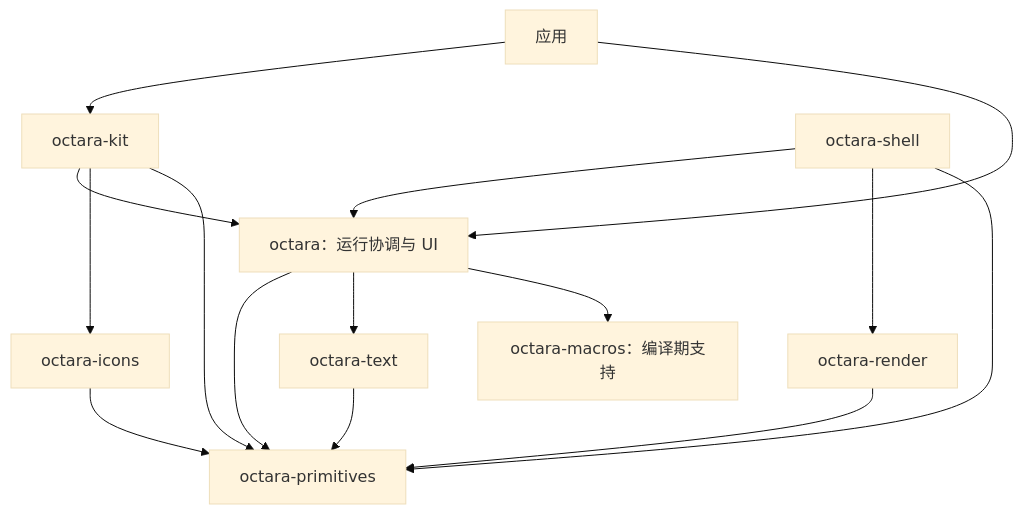
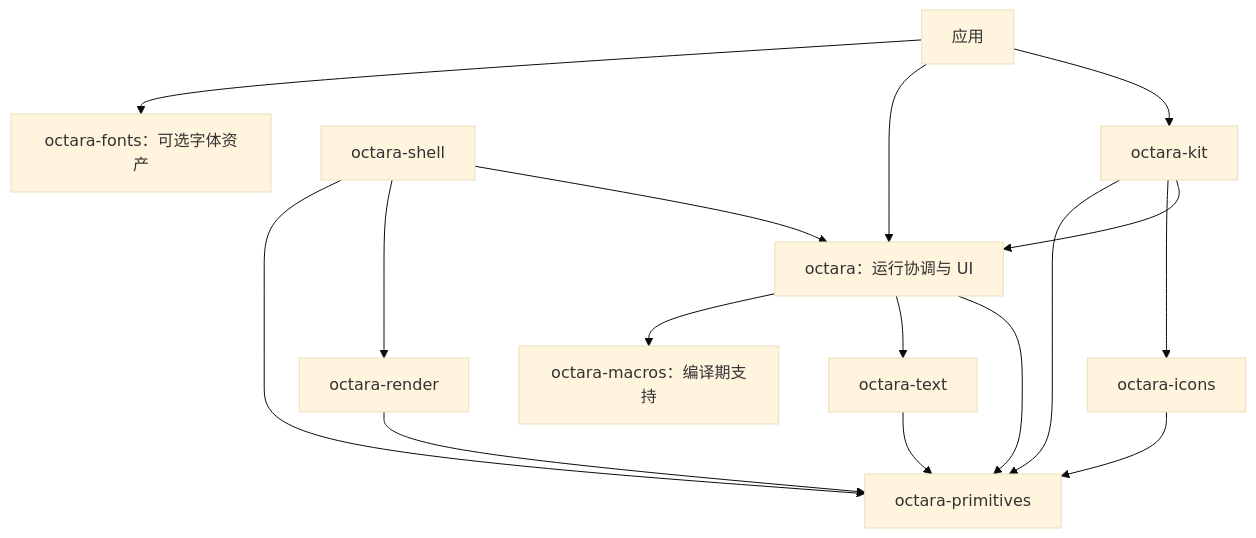
Before and after one commit to devxiyang/octara: the diagram in docs/design/package-boundaries.md, drawn with Mermaid (base theme). The commit also changed other lines of this file and 6 other files, not shown here.

````diff
--- a/docs/design/package-boundaries.md
+++ b/docs/design/package-boundaries.md
@@ -8,17 +8,18 @@
 ```mermaid
 flowchart TD
     App[应用] --> Kit[octara-kit]
     App --> Core[octara：运行协调与 UI]
     Kit --> Core
     Kit --> Icons[octara-icons]
     Shell[octara-shell] --> Core
     Shell --> Render[octara-render]
     Core --> P[octara-primitives]
     Core --> Text[octara-text]
     Text --> P
     Render --> P
     Icons --> P
     Kit --> P
     Shell --> P
     Core --> Macros[octara-macros：编译期支持]
+    App --> Fonts[octara-fonts：可选字体资产]
 ```
````
